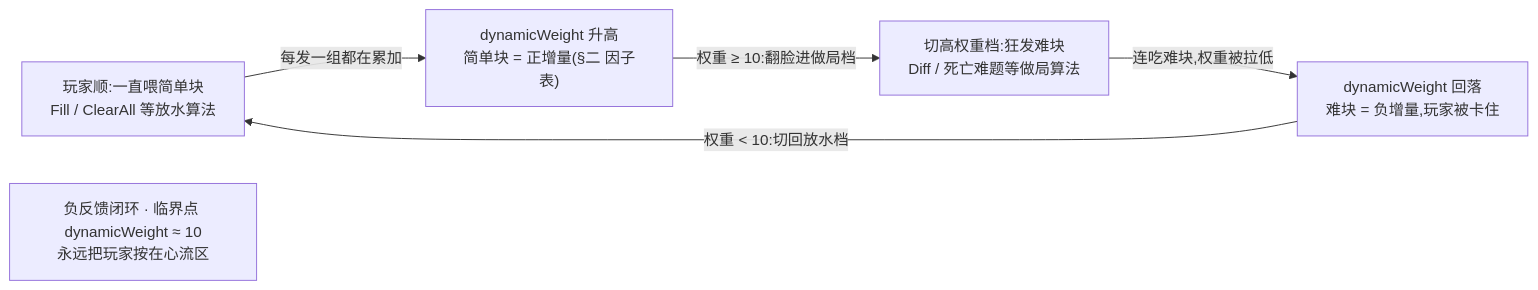
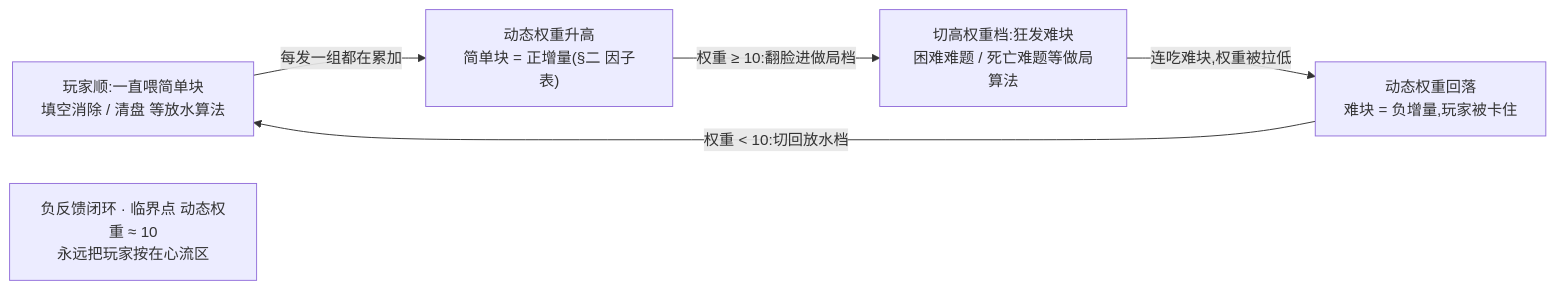
One commit to zhoupeng921101/TEngine_zp changed the second of 2 diagrams in UnityProject/design-docs/02-dynamic-difficulty.md. Above: the diagram before and after it, drawn with Mermaid. The commit also changed other lines of this file and 20 other files, not shown here.

````diff
--- a/UnityProject/design-docs/02-dynamic-difficulty.md
+++ b/UnityProject/design-docs/02-dynamic-difficulty.md
@@ -77,12 +77,12 @@
 ```mermaid
 flowchart LR
-    n1["玩家顺:一直喂简单块<br/>Fill / ClearAll 等放水算法"]
-    n2["dynamicWeight 升高<br/>简单块 = 正增量(§二 因子表)"]
-    n3["切高权重档:狂发难块<br/>Diff / 死亡难题等做局算法"]
-    n4["dynamicWeight 回落<br/>难块 = 负增量,玩家被卡住"]
+    n1["玩家顺:一直喂简单块<br/>填空消除 / 清盘 等放水算法"]
+    n2["动态权重升高<br/>简单块 = 正增量(§二 因子表)"]
+    n3["切高权重档:狂发难块<br/>困难难题 / 死亡难题等做局算法"]
+    n4["动态权重回落<br/>难块 = 负增量,玩家被卡住"]
     n1 -->|每发一组都在累加| n2
     n2 -->|权重 ≥ 10:翻脸进做局档| n3
     n3 -->|连吃难块,权重被拉低| n4
     n4 -->|权重 &lt; 10:切回放水档| n1
-    note["负反馈闭环 · 临界点 dynamicWeight ≈ 10<br/>永远把玩家按在心流区"]
+    note["负反馈闭环 · 临界点 动态权重 ≈ 10<br/>永远把玩家按在心流区"]
 ```
````
